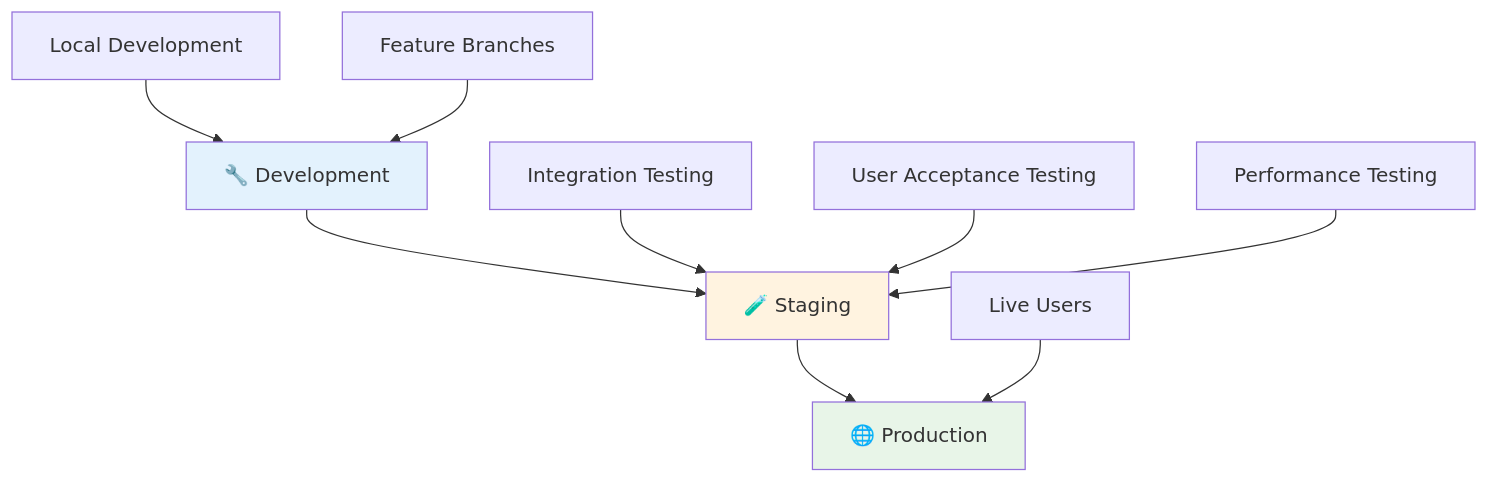
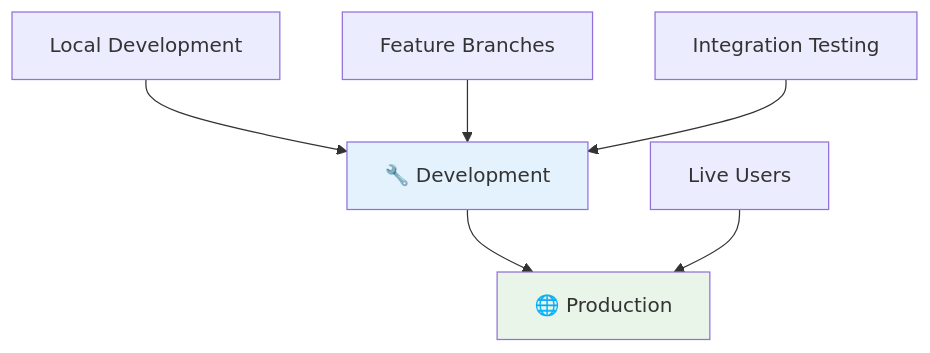
Before and after one commit to morbargig/iAgent: the second of 2 diagrams in docs/CD-GUIDE.md, drawn with Mermaid. The commit also changed other lines of this file and 45 other files, not shown here.

````diff
--- a/docs/CD-GUIDE.md
+++ b/docs/CD-GUIDE.md
@@ -442,16 +420,12 @@
 ```mermaid
 graph TD
-    A[🔧 Development] --> B[🧪 Staging]
-    B --> C[🌐 Production]
+    A[🔧 Development] --> B[🌐 Production]
     
     A1[Local Development] --> A
     A2[Feature Branches] --> A
-    A3[Integration Testing] --> B
-    B1[User Acceptance Testing] --> B
-    B2[Performance Testing] --> B
-    C1[Live Users] --> C
+    A3[Integration Testing] --> A
+    B1[Live Users] --> B
     
     style A fill:#e3f2fd
-    style B fill:#fff3e0
-    style C fill:#e8f5e8
+    style B fill:#e8f5e8
 ```
````
